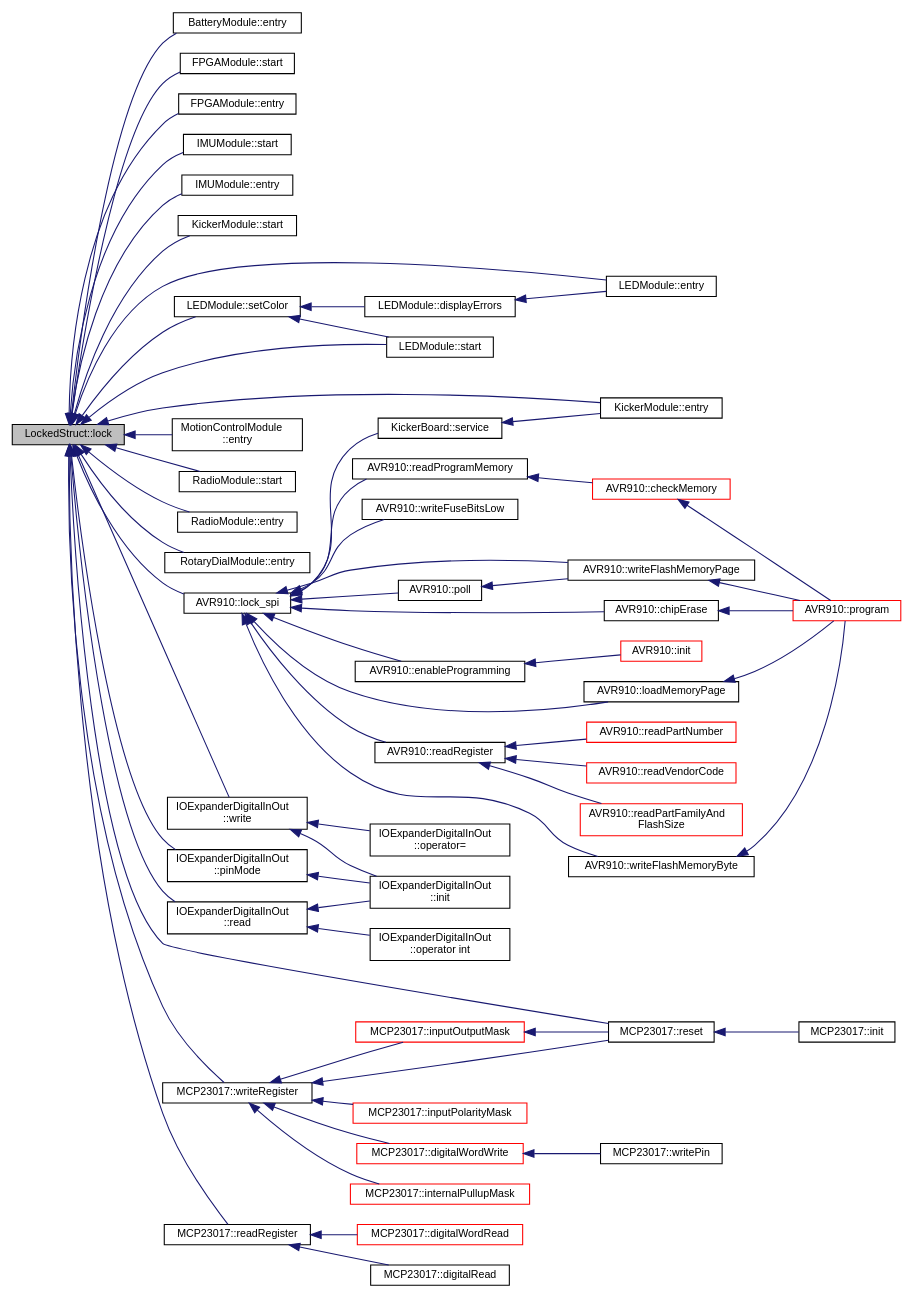
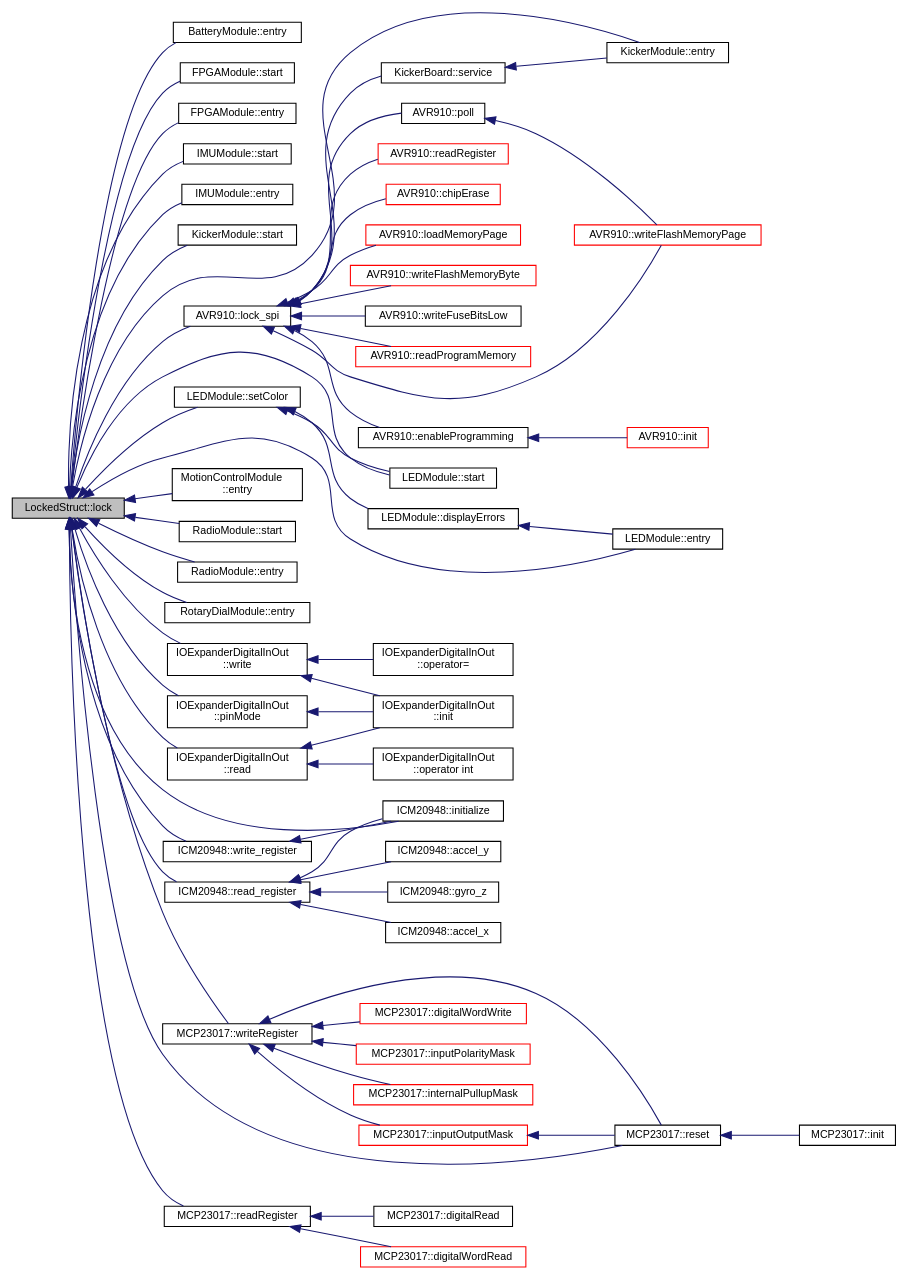
One commit to RoboJackets/robocup-firmware changed the diagram in struct_locked_struct_aa207b98a1cd6c569a96e7d1d5565478f_icgraph.dot. Above: the diagram before and after it, drawn with Graphviz. The commit also changed 654 other files, not shown here.

```diff
--- a/struct_locked_struct_aa207b98a1cd6c569a96e7d1d5565478f_icgraph.dot
+++ b/struct_locked_struct_aa207b98a1cd6c569a96e7d1d5565478f_icgraph.dot
@@ -45,34 +45,20 @@
   Node28 -> Node32 [dir="back",color="midnightblue",fontsize="10",style="solid",fontname="Helvetica"];
   Node32 [label="AVR910::poll",height=0.2,width=0.4,color="black", fillcolor="white", style="filled",URL="$class_a_v_r910.html#ac0fb0a591e044d917d00d3f1e6635072",tooltip="Poll the device until it has finished its current operation. "];
   Node32 -> Node33 [dir="back",color="midnightblue",fontsize="10",style="solid",fontname="Helvetica"];
-  Node33 [label="AVR910::writeFlashMemoryPage",height=0.2,width=0.4,color="black", fillcolor="white", style="filled",URL="$class_a_v_r910.html#adf1394523f7ceb15279bcec480d79e04",tooltip="Write the memory page buffer to flash memory. "];
-  Node33 -> Node34 [dir="back",color="midnightblue",fontsize="10",style="solid",fontname="Helvetica"];
-  Node34 [label="AVR910::program",height=0.2,width=0.4,color="red", fillcolor="white", style="filled",URL="$class_a_v_r910.html#a355ef9fb0c84d822fb50bff21ff1a7b8",tooltip="Program the AVR microcontroller connected to the mbed. "];
+  Node33 [label="AVR910::writeFlashMemoryPage",height=0.2,width=0.4,color="red", fillcolor="white", style="filled",URL="$class_a_v_r910.html#adf1394523f7ceb15279bcec480d79e04",tooltip="Write the memory page buffer to flash memory. "];
   Node28 -> Node36 [dir="back",color="midnightblue",fontsize="10",style="solid",fontname="Helvetica"];
-  Node36 [label="AVR910::readRegister",height=0.2,width=0.4,color="black", fillcolor="white", style="filled",URL="$class_a_v_r910.html#a4e99d5a29dc0e48069cebd1f26c83800"];
-  Node36 -> Node37 [dir="back",color="midnightblue",fontsize="10",style="solid",fontname="Helvetica"];
-  Node37 [label="AVR910::readVendorCode",height=0.2,width=0.4,color="red", fillcolor="white", style="filled",URL="$class_a_v_r910.html#a24a91ddb881d8e0d27c1cb203d0f7349",tooltip="Read the vendor code of the device. "];
-  Node36 -> Node38 [dir="back",color="midnightblue",fontsize="10",style="solid",fontname="Helvetica"];
-  Node38 [label="AVR910::readPartFamilyAnd\lFlashSize",height=0.2,width=0.4,color="red", fillcolor="white", style="filled",URL="$class_a_v_r910.html#a07c549c137848a2ecf78e1dcb241816e",tooltip="Read the part family and flash size of the device. "];
-  Node36 -> Node39 [dir="back",color="midnightblue",fontsize="10",style="solid",fontname="Helvetica"];
-  Node39 [label="AVR910::readPartNumber",height=0.2,width=0.4,color="red", fillcolor="white", style="filled",URL="$class_a_v_r910.html#ad1717b6ab05e7c0aba237a7c147354ae",tooltip="Read the part number. "];
+  Node36 [label="AVR910::readRegister",height=0.2,width=0.4,color="red", fillcolor="white", style="filled",URL="$class_a_v_r910.html#a4e99d5a29dc0e48069cebd1f26c83800"];
   Node28 -> Node40 [dir="back",color="midnightblue",fontsize="10",style="solid",fontname="Helvetica"];
-  Node40 [label="AVR910::chipErase",height=0.2,width=0.4,color="black", fillcolor="white", style="filled",URL="$class_a_v_r910.html#a97502aa5764608dcd9c9b3f22629026c",tooltip="Issue a chip erase command to the AVR microcontroller. "];
-  Node40 -> Node34 [dir="back",color="midnightblue",fontsize="10",style="solid",fontname="Helvetica"];
+  Node40 [label="AVR910::chipErase",height=0.2,width=0.4,color="red", fillcolor="white", style="filled",URL="$class_a_v_r910.html#a97502aa5764608dcd9c9b3f22629026c",tooltip="Issue a chip erase command to the AVR microcontroller. "];
   Node28 -> Node41 [dir="back",color="midnightblue",fontsize="10",style="solid",fontname="Helvetica"];
-  Node41 [label="AVR910::loadMemoryPage",height=0.2,width=0.4,color="black", fillcolor="white", style="filled",URL="$class_a_v_r910.html#a1e5ff38fc05efa757b90a9d1e3a8e53d",tooltip="Load a byte into the memory page buffer. "];
-  Node41 -> Node34 [dir="back",color="midnightblue",fontsize="10",style="solid",fontname="Helvetica"];
+  Node41 [label="AVR910::loadMemoryPage",height=0.2,width=0.4,color="red", fillcolor="white", style="filled",URL="$class_a_v_r910.html#a1e5ff38fc05efa757b90a9d1e3a8e53d",tooltip="Load a byte into the memory page buffer. "];
   Node28 -> Node42 [dir="back",color="midnightblue",fontsize="10",style="solid",fontname="Helvetica"];
-  Node42 [label="AVR910::writeFlashMemoryByte",height=0.2,width=0.4,color="black", fillcolor="white", style="filled",URL="$class_a_v_r910.html#a4d3b3f3268bcd7af9dcac28d65aa4f07",tooltip="Write a byte into the flash memory. "];
-  Node42 -> Node34 [dir="back",color="midnightblue",fontsize="10",style="solid",fontname="Helvetica"];
+  Node42 [label="AVR910::writeFlashMemoryByte",height=0.2,width=0.4,color="red", fillcolor="white", style="filled",URL="$class_a_v_r910.html#a4d3b3f3268bcd7af9dcac28d65aa4f07",tooltip="Write a byte into the flash memory. "];
   Node28 -> Node43 [dir="back",color="midnightblue",fontsize="10",style="solid",fontname="Helvetica"];
   Node43 [label="AVR910::writeFuseBitsLow",height=0.2,width=0.4,color="black", fillcolor="white", style="filled",URL="$class_a_v_r910.html#a39178fcc7d45cd3f0835525f5270f7fd"];
   Node28 -> Node33 [dir="back",color="midnightblue",fontsize="10",style="solid",fontname="Helvetica"];
   Node28 -> Node44 [dir="back",color="midnightblue",fontsize="10",style="solid",fontname="Helvetica"];
-  Node44 [label="AVR910::readProgramMemory",height=0.2,width=0.4,color="black", fillcolor="white", style="filled",URL="$class_a_v_r910.html#a3ba4ac1ede5e82813de6dbf3d1691b6f",tooltip="Read a byte from program memory. "];
-  Node44 -> Node45 [dir="back",color="midnightblue",fontsize="10",style="solid",fontname="Helvetica"];
-  Node45 [label="AVR910::checkMemory",height=0.2,width=0.4,color="red", fillcolor="white", style="filled",URL="$class_a_v_r910.html#a3d5e6c907a6c31e47e05557fc713f0f0",tooltip="Check the binary has been written correctly. "];
-  Node45 -> Node34 [dir="back",color="midnightblue",fontsize="10",style="solid",fontname="Helvetica"];
+  Node44 [label="AVR910::readProgramMemory",height=0.2,width=0.4,color="red", fillcolor="white", style="filled",URL="$class_a_v_r910.html#a3ba4ac1ede5e82813de6dbf3d1691b6f",tooltip="Read a byte from program memory. "];
   Node28 -> Node46 [dir="back",color="midnightblue",fontsize="10",style="solid",fontname="Helvetica"];
   Node46 [label="KickerBoard::service",height=0.2,width=0.4,color="black", fillcolor="white", style="filled",URL="$class_kicker_board.html#aaa3a613b73e4be7eb4812bb8c11bc6ce",tooltip="Must be called once an interation (~25hz) to communicate and update the kicker. "];
   Node46 -> Node19 [dir="back",color="midnightblue",fontsize="10",style="solid",fontname="Helvetica"];
@@ -91,27 +77,39 @@
   Node51 -> Node52 [dir="back",color="midnightblue",fontsize="10",style="solid",fontname="Helvetica"];
   Node52 [label="IOExpanderDigitalInOut\l::operator int",height=0.2,width=0.4,color="black", fillcolor="white", style="filled",URL="$class_i_o_expander_digital_in_out.html#afb472b73e9a9bd7512a87c309fbdc893",tooltip="Allows the pin to return its value like a simple integer variable. "];
   Node12 -> Node53 [dir="back",color="midnightblue",fontsize="10",style="solid",fontname="Helvetica"];
-  Node53 [label="MCP23017::reset",height=0.2,width=0.4,color="black", fillcolor="white", style="filled",URL="$class_m_c_p23017.html#a8e108f5da7099d11e6916e0badc133c0",tooltip="Reset MCP23017 device to its power-on state. "];
-  Node53 -> Node54 [dir="back",color="midnightblue",fontsize="10",style="solid",fontname="Helvetica"];
-  Node54 [label="MCP23017::init",height=0.2,width=0.4,color="black", fillcolor="white", style="filled",URL="$class_m_c_p23017.html#ad4c300620b841f0ab9b3f7e11b88314c",tooltip="Initialize the device. "];
+  Node53 [label="ICM20948::initialize",height=0.2,width=0.4,color="black", fillcolor="white", style="filled",URL="$class_i_c_m20948.html#a874be85ce182b369b030c88bb85871b5"];
+  Node12 -> Node54 [dir="back",color="midnightblue",fontsize="10",style="solid",fontname="Helvetica"];
+  Node54 [label="ICM20948::write_register",height=0.2,width=0.4,color="black", fillcolor="white", style="filled",URL="$class_i_c_m20948.html#a85207eba3f7e4ecc7f4c6e2e4cf812b0"];
+  Node54 -> Node53 [dir="back",color="midnightblue",fontsize="10",style="solid",fontname="Helvetica"];
   Node12 -> Node55 [dir="back",color="midnightblue",fontsize="10",style="solid",fontname="Helvetica"];
-  Node55 [label="MCP23017::writeRegister",height=0.2,width=0.4,color="black", fillcolor="white", style="filled",URL="$class_m_c_p23017.html#ab7e0f3b57f9eee9988689643f59b67d3"];
+  Node55 [label="ICM20948::read_register",height=0.2,width=0.4,color="black", fillcolor="white", style="filled",URL="$class_i_c_m20948.html#af90dbbef53872f46ae5759947bc8b652"];
   Node55 -> Node53 [dir="back",color="midnightblue",fontsize="10",style="solid",fontname="Helvetica"];
   Node55 -> Node56 [dir="back",color="midnightblue",fontsize="10",style="solid",fontname="Helvetica"];
-  Node56 [label="MCP23017::digitalWordWrite",height=0.2,width=0.4,color="red", fillcolor="white", style="filled",URL="$class_m_c_p23017.html#a1422a52e107cc99ec72f9069979e1807"];
-  Node56 -> Node57 [dir="back",color="midnightblue",fontsize="10",style="solid",fontname="Helvetica"];
-  Node57 [label="MCP23017::writePin",height=0.2,width=0.4,color="black", fillcolor="white", style="filled",URL="$class_m_c_p23017.html#abf2d0d52597391e51a5ec6c25a6b05a1",tooltip="Write a 0/1 value to an output bit. "];
-  Node55 -> Node60 [dir="back",color="midnightblue",fontsize="10",style="solid",fontname="Helvetica"];
-  Node60 [label="MCP23017::inputPolarityMask",height=0.2,width=0.4,color="red", fillcolor="white", style="filled",URL="$class_m_c_p23017.html#a7fa7c9f00e4fad5e767439fd9f7a690f"];
-  Node55 -> Node62 [dir="back",color="midnightblue",fontsize="10",style="solid",fontname="Helvetica"];
-  Node62 [label="MCP23017::inputOutputMask",height=0.2,width=0.4,color="red", fillcolor="white", style="filled",URL="$class_m_c_p23017.html#a67248b8a39c498bfd3b5f32496d1f78c"];
-  Node62 -> Node53 [dir="back",color="midnightblue",fontsize="10",style="solid",fontname="Helvetica"];
-  Node55 -> Node64 [dir="back",color="midnightblue",fontsize="10",style="solid",fontname="Helvetica"];
-  Node64 [label="MCP23017::internalPullupMask",height=0.2,width=0.4,color="red", fillcolor="white", style="filled",URL="$class_m_c_p23017.html#a167b866cd44e3389b1cc8315d547db95"];
-  Node12 -> Node65 [dir="back",color="midnightblue",fontsize="10",style="solid",fontname="Helvetica"];
-  Node65 [label="MCP23017::readRegister",height=0.2,width=0.4,color="black", fillcolor="white", style="filled",URL="$class_m_c_p23017.html#a369951f5ce7e9ae6a338bcf9cc9f10f6"];
-  Node65 -> Node66 [dir="back",color="midnightblue",fontsize="10",style="solid",fontname="Helvetica"];
-  Node66 [label="MCP23017::digitalRead",height=0.2,width=0.4,color="black", fillcolor="white", style="filled",URL="$class_m_c_p23017.html#af329a9def6704f71efa586687155bd26"];
-  Node65 -> Node67 [dir="back",color="midnightblue",fontsize="10",style="solid",fontname="Helvetica"];
-  Node67 [label="MCP23017::digitalWordRead",height=0.2,width=0.4,color="red", fillcolor="white", style="filled",URL="$class_m_c_p23017.html#abd2401da8537875428522c181ecd9769"];
+  Node56 [label="ICM20948::gyro_z",height=0.2,width=0.4,color="black", fillcolor="white", style="filled",URL="$class_i_c_m20948.html#a2f9286dc3e184cd5cc7e2b0161f776fd"];
+  Node55 -> Node57 [dir="back",color="midnightblue",fontsize="10",style="solid",fontname="Helvetica"];
+  Node57 [label="ICM20948::accel_x",height=0.2,width=0.4,color="black", fillcolor="white", style="filled",URL="$class_i_c_m20948.html#a902d8262a3c35f62a3502f1939b77085"];
+  Node55 -> Node58 [dir="back",color="midnightblue",fontsize="10",style="solid",fontname="Helvetica"];
+  Node58 [label="ICM20948::accel_y",height=0.2,width=0.4,color="black", fillcolor="white", style="filled",URL="$class_i_c_m20948.html#a1536b8a4ad6bcb7f84fe9fe013bccf5c"];
+  Node12 -> Node59 [dir="back",color="midnightblue",fontsize="10",style="solid",fontname="Helvetica"];
+  Node59 [label="MCP23017::reset",height=0.2,width=0.4,color="black", fillcolor="white", style="filled",URL="$class_m_c_p23017.html#a8e108f5da7099d11e6916e0badc133c0",tooltip="Reset MCP23017 device to its power-on state. "];
+  Node59 -> Node60 [dir="back",color="midnightblue",fontsize="10",style="solid",fontname="Helvetica"];
+  Node60 [label="MCP23017::init",height=0.2,width=0.4,color="black", fillcolor="white", style="filled",URL="$class_m_c_p23017.html#ad4c300620b841f0ab9b3f7e11b88314c",tooltip="Initialize the device. "];
+  Node12 -> Node61 [dir="back",color="midnightblue",fontsize="10",style="solid",fontname="Helvetica"];
+  Node61 [label="MCP23017::writeRegister",height=0.2,width=0.4,color="black", fillcolor="white", style="filled",URL="$class_m_c_p23017.html#ab7e0f3b57f9eee9988689643f59b67d3"];
+  Node61 -> Node59 [dir="back",color="midnightblue",fontsize="10",style="solid",fontname="Helvetica"];
+  Node61 -> Node62 [dir="back",color="midnightblue",fontsize="10",style="solid",fontname="Helvetica"];
+  Node62 [label="MCP23017::digitalWordWrite",height=0.2,width=0.4,color="red", fillcolor="white", style="filled",URL="$class_m_c_p23017.html#a1422a52e107cc99ec72f9069979e1807"];
+  Node61 -> Node66 [dir="back",color="midnightblue",fontsize="10",style="solid",fontname="Helvetica"];
+  Node66 [label="MCP23017::inputPolarityMask",height=0.2,width=0.4,color="red", fillcolor="white", style="filled",URL="$class_m_c_p23017.html#a7fa7c9f00e4fad5e767439fd9f7a690f"];
+  Node61 -> Node68 [dir="back",color="midnightblue",fontsize="10",style="solid",fontname="Helvetica"];
+  Node68 [label="MCP23017::inputOutputMask",height=0.2,width=0.4,color="red", fillcolor="white", style="filled",URL="$class_m_c_p23017.html#a67248b8a39c498bfd3b5f32496d1f78c"];
+  Node68 -> Node59 [dir="back",color="midnightblue",fontsize="10",style="solid",fontname="Helvetica"];
+  Node61 -> Node70 [dir="back",color="midnightblue",fontsize="10",style="solid",fontname="Helvetica"];
+  Node70 [label="MCP23017::internalPullupMask",height=0.2,width=0.4,color="red", fillcolor="white", style="filled",URL="$class_m_c_p23017.html#a167b866cd44e3389b1cc8315d547db95"];
+  Node12 -> Node71 [dir="back",color="midnightblue",fontsize="10",style="solid",fontname="Helvetica"];
+  Node71 [label="MCP23017::readRegister",height=0.2,width=0.4,color="black", fillcolor="white", style="filled",URL="$class_m_c_p23017.html#a369951f5ce7e9ae6a338bcf9cc9f10f6"];
+  Node71 -> Node72 [dir="back",color="midnightblue",fontsize="10",style="solid",fontname="Helvetica"];
+  Node72 [label="MCP23017::digitalRead",height=0.2,width=0.4,color="black", fillcolor="white", style="filled",URL="$class_m_c_p23017.html#af329a9def6704f71efa586687155bd26"];
+  Node71 -> Node73 [dir="back",color="midnightblue",fontsize="10",style="solid",fontname="Helvetica"];
+  Node73 [label="MCP23017::digitalWordRead",height=0.2,width=0.4,color="red", fillcolor="white", style="filled",URL="$class_m_c_p23017.html#abd2401da8537875428522c181ecd9769"];
 }
```
